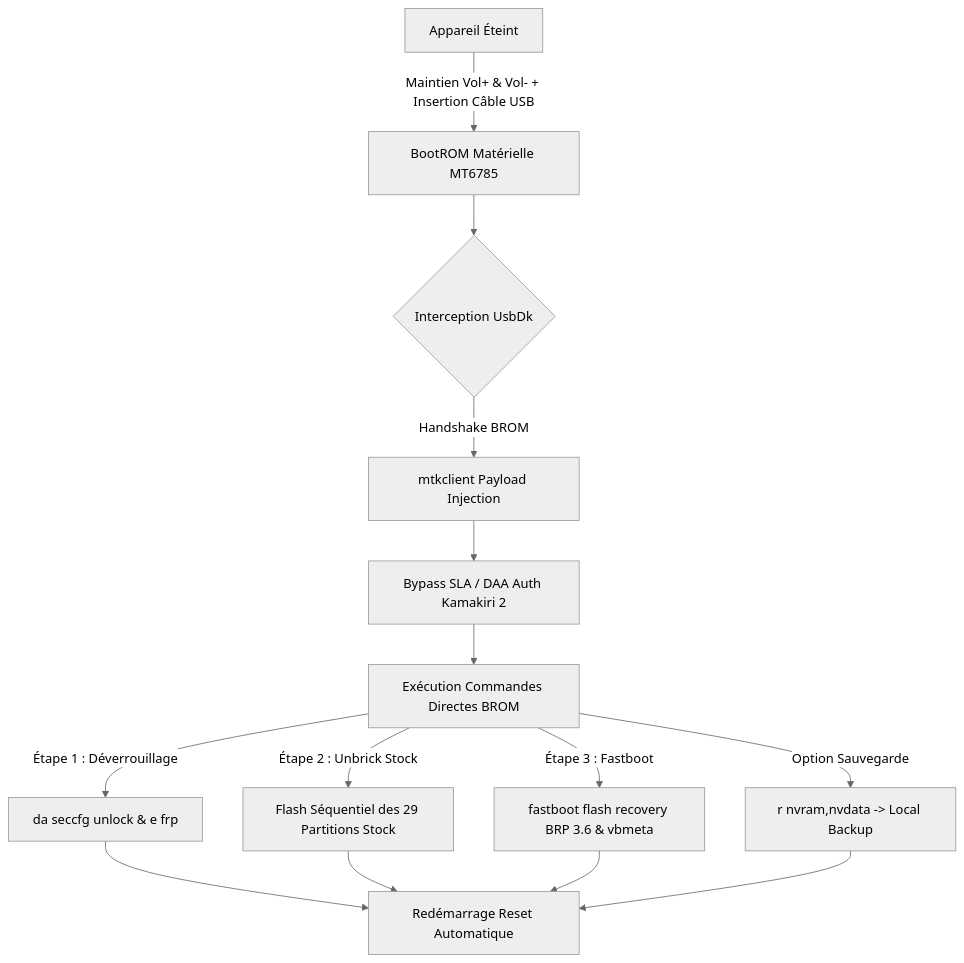
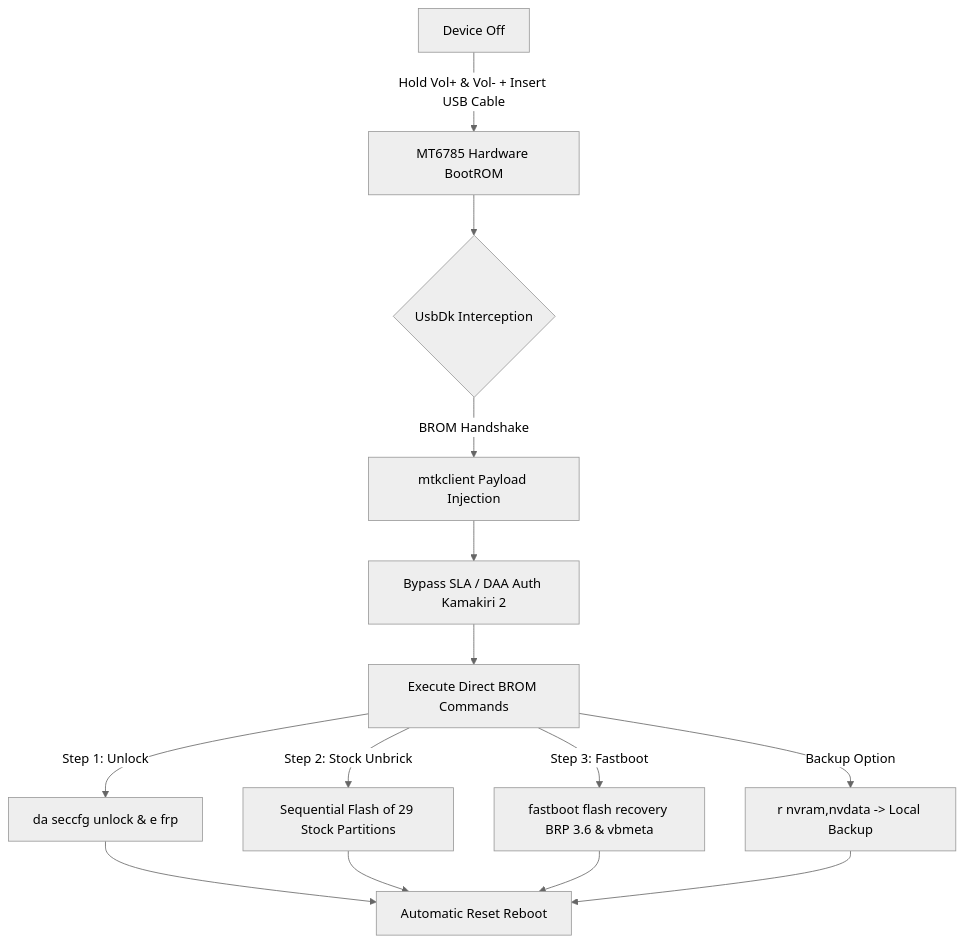
The first of 2 diagrams in README.md (Arhkos/Begonia-Fleet-Tool), drawn with Mermaid (neutral theme) before and after one commit. The commit also changed other lines of this file and 3 other files, not shown here.

````diff
--- a/README.md
+++ b/README.md
@@ -97,18 +96,18 @@
 ```mermaid
 flowchart TD
-    A[Appareil Éteint] -->|Maintien Vol+ & Vol- + Insertion Câble USB| B[BootROM Matérielle MT6785]
-    B --> C{Interception UsbDk}
-    C -->|Handshake BROM| D[mtkclient Payload Injection]
+    A[Device Off] -->|Hold Vol+ & Vol- + Insert USB Cable| B[MT6785 Hardware BootROM]
+    B --> C{UsbDk Interception}
+    C -->|BROM Handshake| D[mtkclient Payload Injection]
     D --> E[Bypass SLA / DAA Auth Kamakiri 2]
-    E --> F[Exécution Commandes Directes BROM]
+    E --> F[Execute Direct BROM Commands]
     
-    F -->|Étape 1 : Déverrouillage| G["da seccfg unlock & e frp"]
-    F -->|Étape 2 : Unbrick Stock| H["Flash Séquentiel des 29 Partitions Stock"]
-    F -->|Étape 3 : Fastboot| I["fastboot flash recovery BRP 3.6 & vbmeta"]
-    F -->|Option Sauvegarde| J["r nvram,nvdata -> Local Backup"]
+    F -->|Step 1: Unlock| G["da seccfg unlock & e frp"]
+    F -->|Step 2: Stock Unbrick| H["Sequential Flash of 29 Stock Partitions"]
+    F -->|Step 3: Fastboot| I["fastboot flash recovery BRP 3.6 & vbmeta"]
+    F -->|Backup Option| J["r nvram,nvdata -> Local Backup"]
     
-    G --> K[Redémarrage Reset Automatique]
+    G --> K[Automatic Reset Reboot]
     H --> K
     I --> K
     J --> K
 ```
````
